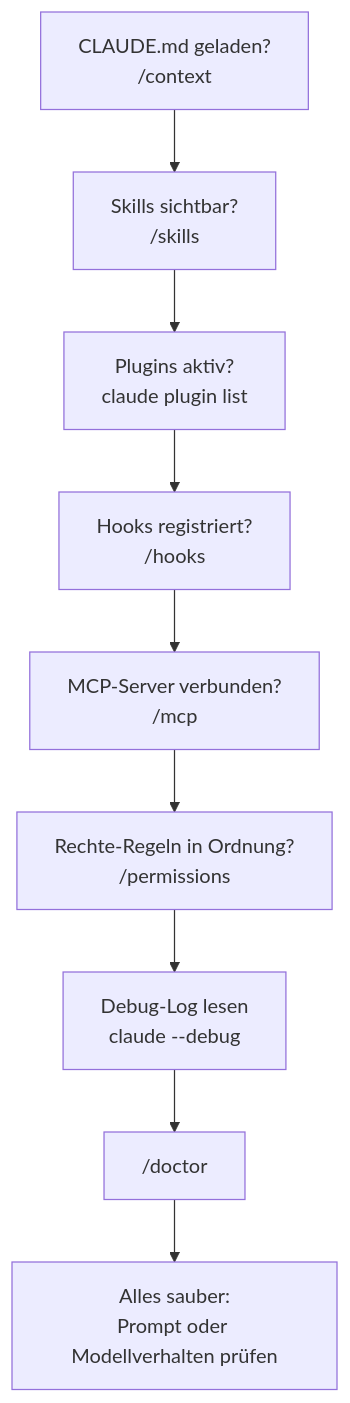
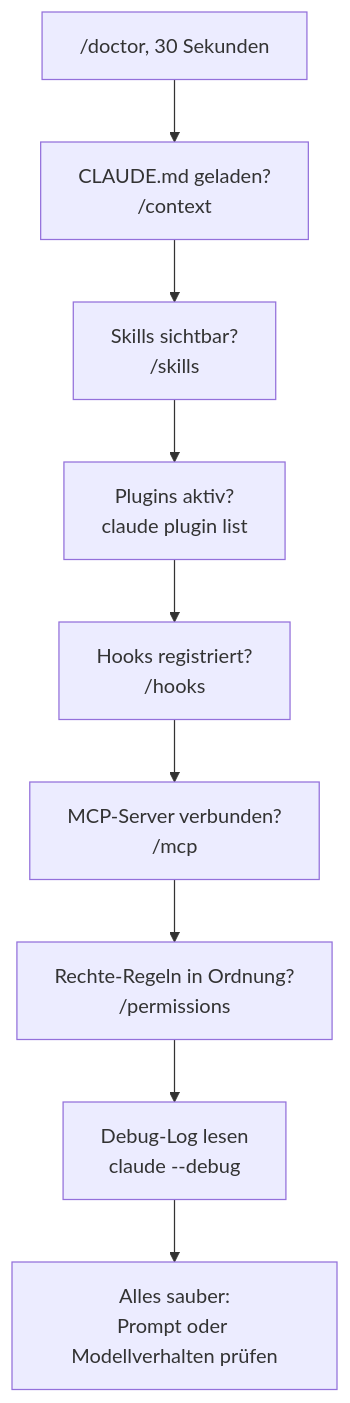
Before and after one commit to dynamic-dome/dynamic-workshop: the diagram in resources/library/s4-10-diagnose-schritt-fuer-schritt.md, drawn with Mermaid. The commit also changed other lines of this file, not shown here.

````diff
--- a/resources/library/s4-10-diagnose-schritt-fuer-schritt.md
+++ b/resources/library/s4-10-diagnose-schritt-fuer-schritt.md
@@ -45,11 +45,11 @@
 ```mermaid
 flowchart TD
-  A["CLAUDE.md geladen?<br/>/context"] --> B["Skills sichtbar?<br/>/skills"]
+  Z["/doctor, 30 Sekunden"] --> A["CLAUDE.md geladen?<br/>/context"]
+  A --> B["Skills sichtbar?<br/>/skills"]
   B --> C["Plugins aktiv?<br/>claude plugin list"]
   C --> D["Hooks registriert?<br/>/hooks"]
   D --> E["MCP-Server verbunden?<br/>/mcp"]
   E --> F["Rechte-Regeln in Ordnung?<br/>/permissions"]
   F --> G["Debug-Log lesen<br/>claude --debug"]
-  G --> H["/doctor"]
-  H --> I["Alles sauber:<br/>Prompt oder Modellverhalten prüfen"]
+  G --> I["Alles sauber:<br/>Prompt oder Modellverhalten prüfen"]
 ```
````
